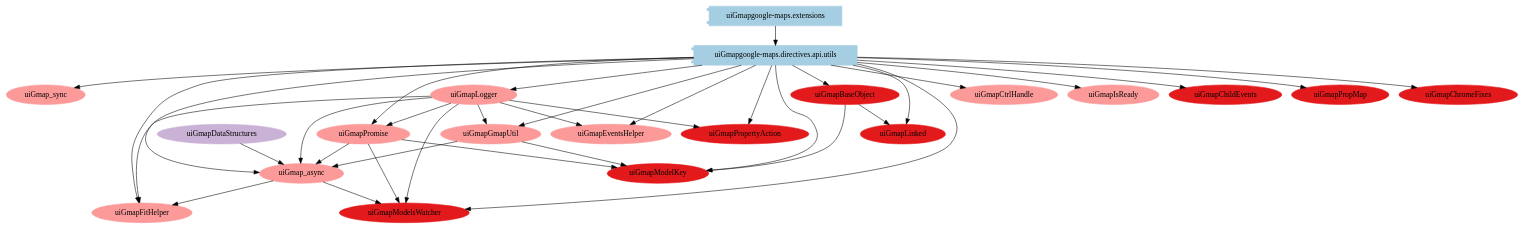
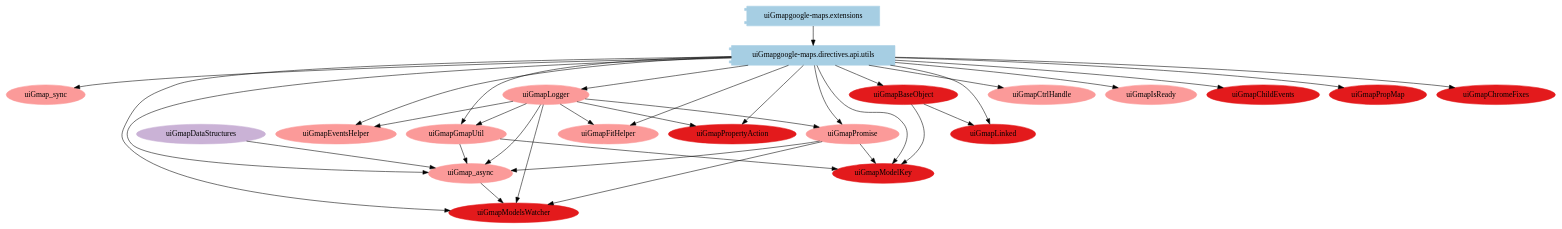
The diagram in www/lib/angular-google-maps/dist/architecture/dot/modules/uiGmapgoogle-maps.directives.api.utils.dot (earlvanze/freebyk_mobile), drawn with Graphviz before and after one commit. The commit also changed 36 other files, not shown here.

```diff
--- a/www/lib/angular-google-maps/dist/architecture/dot/modules/uiGmapgoogle-maps.directives.api.utils.dot
+++ b/www/lib/angular-google-maps/dist/architecture/dot/modules/uiGmapgoogle-maps.directives.api.utils.dot
@@ -1,188 +1,185 @@
 digraph dependencies {
   node[shape="component",style="filled",colorscheme=paired12]
 
 
     node[shape="component"]
     "uiGmapgoogle-maps.directives.api.utils"[label="uiGmapgoogle-maps.directives.api.utils", color=1]
 
     
       "uiGmapgoogle-maps.extensions"[label="uiGmapgoogle-maps.extensions", color=1]
       "uiGmapgoogle-maps.extensions" -> "uiGmapgoogle-maps.directives.api.utils"
     
 
 
     node[shape="ellipse"]
     
 
 
     
 
     
       "uiGmap_sync"[label="uiGmap_sync", color=5]
       "uiGmapgoogle-maps.directives.api.utils" -> "uiGmap_sync"
     
       "uiGmap_async"[label="uiGmap_async", color=5]
       "uiGmapgoogle-maps.directives.api.utils" -> "uiGmap_async"
     
       "uiGmapCtrlHandle"[label="uiGmapCtrlHandle", color=5]
       "uiGmapgoogle-maps.directives.api.utils" -> "uiGmapCtrlHandle"
     
       "uiGmapEventsHelper"[label="uiGmapEventsHelper", color=5]
       "uiGmapgoogle-maps.directives.api.utils" -> "uiGmapEventsHelper"
     
       "uiGmapFitHelper"[label="uiGmapFitHelper", color=5]
       "uiGmapgoogle-maps.directives.api.utils" -> "uiGmapFitHelper"
     
       "uiGmapGmapUtil"[label="uiGmapGmapUtil", color=5]
       "uiGmapgoogle-maps.directives.api.utils" -> "uiGmapGmapUtil"
     
       "uiGmapIsReady"[label="uiGmapIsReady", color=5]
       "uiGmapgoogle-maps.directives.api.utils" -> "uiGmapIsReady"
     
       "uiGmapLogger"[label="uiGmapLogger", color=5]
       "uiGmapgoogle-maps.directives.api.utils" -> "uiGmapLogger"
     
       "uiGmapPromise"[label="uiGmapPromise", color=5]
       "uiGmapgoogle-maps.directives.api.utils" -> "uiGmapPromise"
     
 
     
       "uiGmapBaseObject"[label="uiGmapBaseObject", color=6]
       "uiGmapgoogle-maps.directives.api.utils" -> "uiGmapBaseObject"
     
       "uiGmapChildEvents"[label="uiGmapChildEvents", color=6]
       "uiGmapgoogle-maps.directives.api.utils" -> "uiGmapChildEvents"
     
       "uiGmapLinked"[label="uiGmapLinked", color=6]
       "uiGmapgoogle-maps.directives.api.utils" -> "uiGmapLinked"
     
       "uiGmapModelKey"[label="uiGmapModelKey", color=6]
       "uiGmapgoogle-maps.directives.api.utils" -> "uiGmapModelKey"
     
       "uiGmapModelsWatcher"[label="uiGmapModelsWatcher", color=6]
       "uiGmapgoogle-maps.directives.api.utils" -> "uiGmapModelsWatcher"
     
       "uiGmapPropMap"[label="uiGmapPropMap", color=6]
       "uiGmapgoogle-maps.directives.api.utils" -> "uiGmapPropMap"
     
       "uiGmapPropertyAction"[label="uiGmapPropertyAction", color=6]
       "uiGmapgoogle-maps.directives.api.utils" -> "uiGmapPropertyAction"
     
       "uiGmapChromeFixes"[label="uiGmapChromeFixes", color=6]
       "uiGmapgoogle-maps.directives.api.utils" -> "uiGmapChromeFixes"
     
 
     node[shape="cds"]
     
 
     
 
 
 
 
 
 
 
 
 
     node[shape="ellipse",style="filled", color=9]
     
 
     
 
 
     
 
     
       
     
       
         "uiGmapPromise"[label="uiGmapPromise"]
         "uiGmapPromise" -> "uiGmap_async"
       
         "uiGmapLogger"[label="uiGmapLogger"]
         "uiGmapLogger" -> "uiGmap_async"
       
         "uiGmapDataStructures"[label="uiGmapDataStructures"]
         "uiGmapDataStructures" -> "uiGmap_async"
       
         "uiGmapGmapUtil"[label="uiGmapGmapUtil"]
         "uiGmapGmapUtil" -> "uiGmap_async"
       
     
       
     
       
         "uiGmapLogger"[label="uiGmapLogger"]
         "uiGmapLogger" -> "uiGmapEventsHelper"
       
     
       
         "uiGmapLogger"[label="uiGmapLogger"]
         "uiGmapLogger" -> "uiGmapFitHelper"
       
-        "uiGmap_async"[label="uiGmap_async"]
-        "uiGmap_async" -> "uiGmapFitHelper"
-      
     
       
         "uiGmapLogger"[label="uiGmapLogger"]
         "uiGmapLogger" -> "uiGmapGmapUtil"
       
     
       
     
       
     
       
         "uiGmapLogger"[label="uiGmapLogger"]
         "uiGmapLogger" -> "uiGmapPromise"
       
     
 
     
       
     
       
     
       
         "uiGmapBaseObject"[label="uiGmapBaseObject"]
         "uiGmapBaseObject" -> "uiGmapLinked"
       
     
       
         "uiGmapBaseObject"[label="uiGmapBaseObject"]
         "uiGmapBaseObject" -> "uiGmapModelKey"
       
         "uiGmapGmapUtil"[label="uiGmapGmapUtil"]
         "uiGmapGmapUtil" -> "uiGmapModelKey"
       
         "uiGmapPromise"[label="uiGmapPromise"]
         "uiGmapPromise" -> "uiGmapModelKey"
       
     
       
         "uiGmapLogger"[label="uiGmapLogger"]
         "uiGmapLogger" -> "uiGmapModelsWatcher"
       
         "uiGmap_async"[label="uiGmap_async"]
         "uiGmap_async" -> "uiGmapModelsWatcher"
       
         "uiGmapPromise"[label="uiGmapPromise"]
         "uiGmapPromise" -> "uiGmapModelsWatcher"
       
     
       
     
       
         "uiGmapLogger"[label="uiGmapLogger"]
         "uiGmapLogger" -> "uiGmapPropertyAction"
       
     
       
     
 
     
 
 
 }
```
